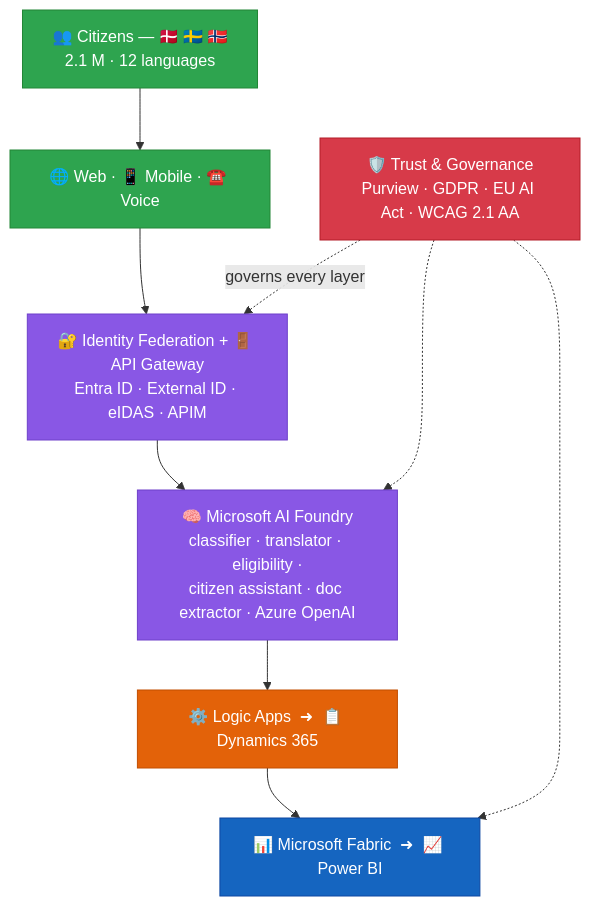
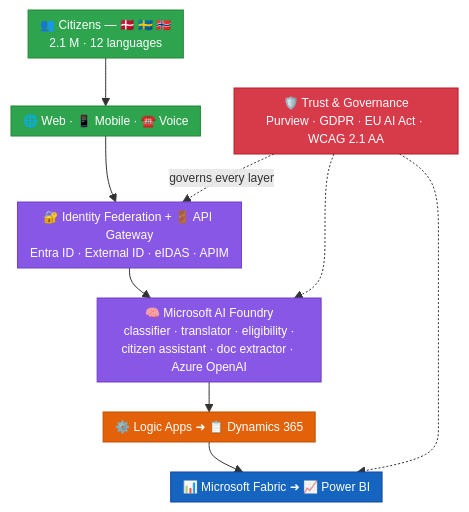
One commit to fredgis/UDCSP changed the second of 2 diagrams in README.md. Above: the diagram before and after it, drawn with Mermaid. The commit also changed other lines of this file, not shown here.

First line of the commit message:
Polish README: shrink mermaid diagrams + add full docs index

````diff
--- a/README.md
+++ b/README.md
@@ -60,23 +61,24 @@
 ```mermaid
+%%{ init: { 'flowchart': { 'nodeSpacing': 25, 'rankSpacing': 30, 'padding': 6 }, 'themeVariables': { 'fontSize': '12px' } } }%%
 graph TB
     Citizens["👥 Citizens — 🇩🇰 🇸🇪 🇳🇴<br/>2.1 M · 12 languages"]
     Channels["🌐 Web · 📱 Mobile · ☎️ Voice"]
     Edge["🔐 Identity Federation + 🚪 API Gateway<br/>Entra ID · External ID · eIDAS · APIM"]
     Foundry["🧠 Microsoft AI Foundry<br/>classifier · translator · eligibility ·<br/>citizen assistant · doc extractor · Azure OpenAI"]
     Process["⚙️ Logic Apps  ➜  📋 Dynamics 365"]
     Data["📊 Microsoft Fabric  ➜  📈 Power BI"]
     Governance["🛡️ Trust &amp; Governance<br/>Purview · GDPR · EU AI Act · WCAG 2.1 AA"]
 
     Citizens --> Channels --> Edge --> Foundry --> Process --> Data
     Governance -. governs every layer .-> Edge
     Governance -.-> Foundry
     Governance -.-> Data
 
     style Citizens fill:#2ea44f,stroke:#238636,color:#fff
     style Channels fill:#2ea44f,stroke:#238636,color:#fff
     style Edge fill:#8957e5,stroke:#6e40c9,color:#fff
     style Foundry fill:#8957e5,stroke:#6e40c9,color:#fff
     style Process fill:#e36209,stroke:#c24e00,color:#fff
     style Data fill:#1565c0,stroke:#0d47a1,color:#fff
     style Governance fill:#d73a49,stroke:#b31d28,color:#fff
 ```
````
